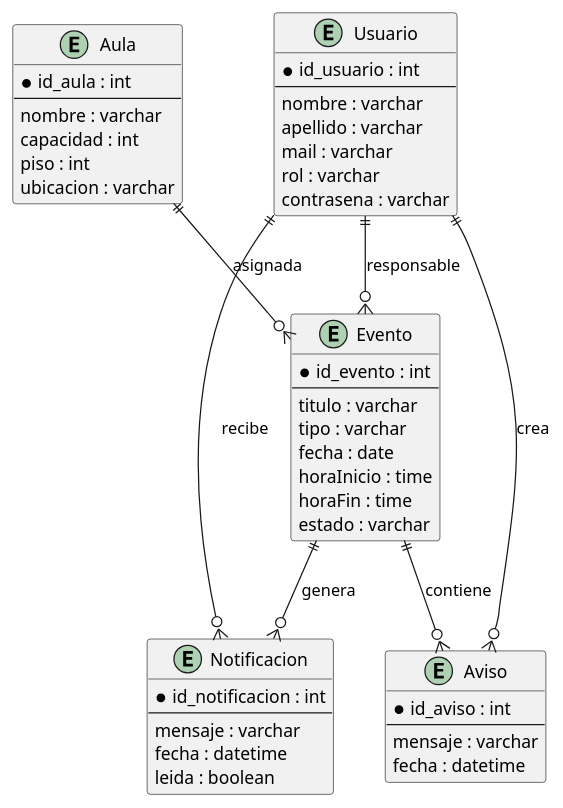
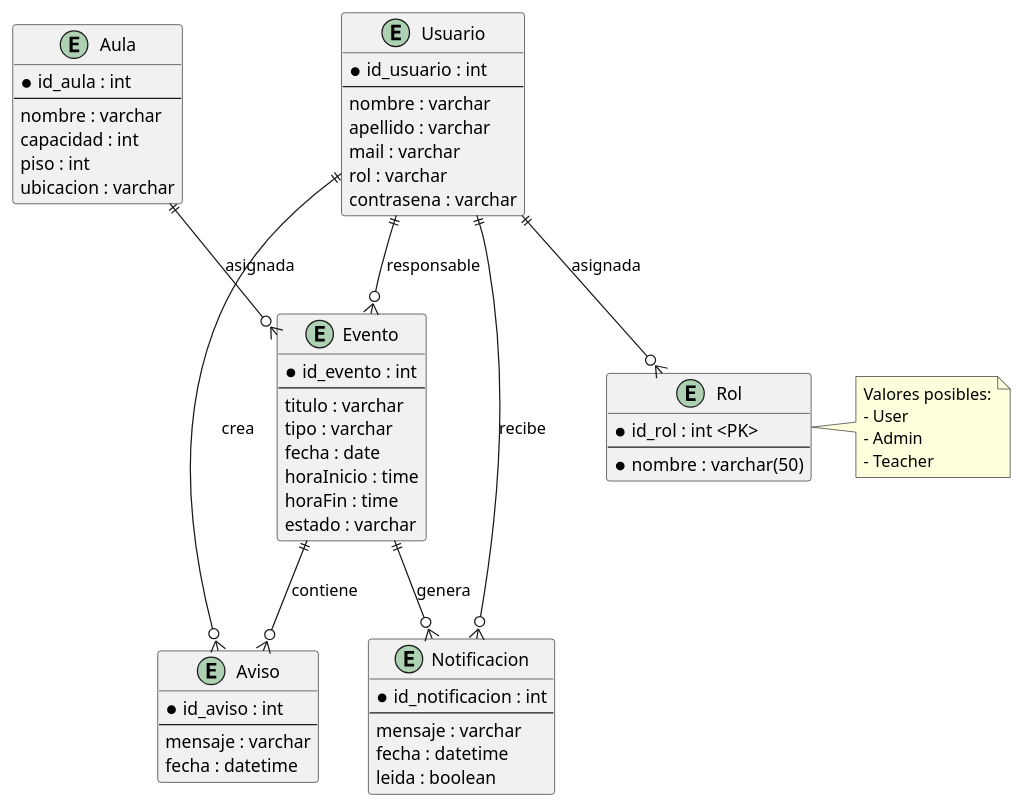
One commit to MaiaBiribin/tp-campus-universitario changed the diagram in documentacion/der.puml. Above: the diagram before and after it, drawn with PlantUML.

Commit message:
Actualizo der.puml

```diff
--- a/documentacion/der.puml
+++ b/documentacion/der.puml
@@ -1,59 +1,74 @@
 @startuml der
+
+entity Rol {
+    * id_rol : int <PK>
+    --
+    * nombre : varchar(50)
+}
 
 entity Usuario {
   * id_usuario : int
   --
   nombre : varchar
   apellido : varchar
   mail : varchar
   rol : varchar
   contrasena : varchar
 }
 
 entity Aula {
   * id_aula : int
   --
   nombre : varchar
   capacidad : int
   piso : int
   ubicacion : varchar
 }
 
 entity Evento {
   * id_evento : int
   --
   titulo : varchar
   tipo : varchar
   fecha : date
   horaInicio : time
   horaFin : time
   estado : varchar
 }
 
 entity Notificacion {
   * id_notificacion : int
   --
   mensaje : varchar
   fecha : datetime
   leida : boolean
 }
 
 entity Aviso {
   * id_aviso : int
   --
   mensaje : varchar
   fecha : datetime
 }
 
 ' RELACIONES
 
+note right of Rol
+Valores posibles:
+- User
+- Admin
+- Teacher
+end note
+
 Usuario ||--o{ Evento : responsable
 Aula ||--o{ Evento : asignada
 
 Usuario ||--o{ Notificacion : recibe
 Evento ||--o{ Notificacion : genera
 
 Usuario ||--o{ Aviso : crea
 Evento ||--o{ Aviso : contiene
 
+Usuario ||--o{ Rol : asignada
+
 @enduml
```
